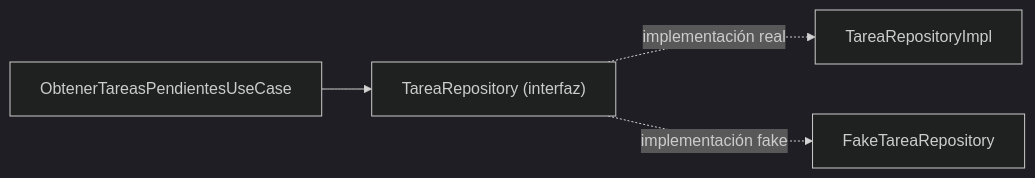
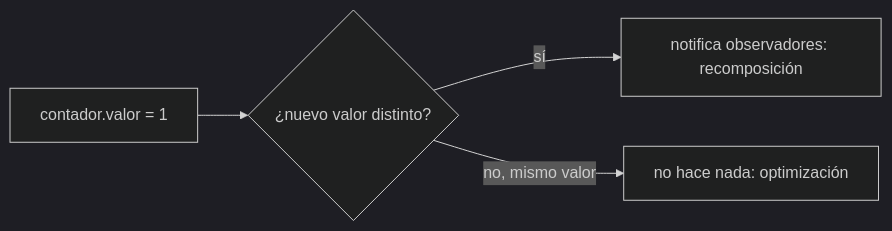
The first of 10 diagrams in web/public/content/kotlin-multiplatform/modulo-4.md (NICORUIZ93/The_Imperial_Book), drawn with Mermaid (dark theme) before and after one commit. The commit also changed other lines of this file and 305 other files, not shown here.

````diff
--- a/web/public/content/kotlin-multiplatform/modulo-4.md
+++ b/web/public/content/kotlin-multiplatform/modulo-4.md
@@ -26,6 +108,6 @@
 ```mermaid
 flowchart LR
-  A["ObtenerTareasPendientesUseCase"] --> B["TareaRepository (interfaz)"]
-  B -.->|implementación real| C[TareaRepositoryImpl]
-  B -.->|implementación fake| D[FakeTareaRepository]
+  A["contador.valor = 1"] --> B{"¿nuevo valor distinto?"}
+  B -->|sí| C[notifica observadores: recomposición]
+  B -->|no, mismo valor| D[no hace nada: optimización]
 ```
````
